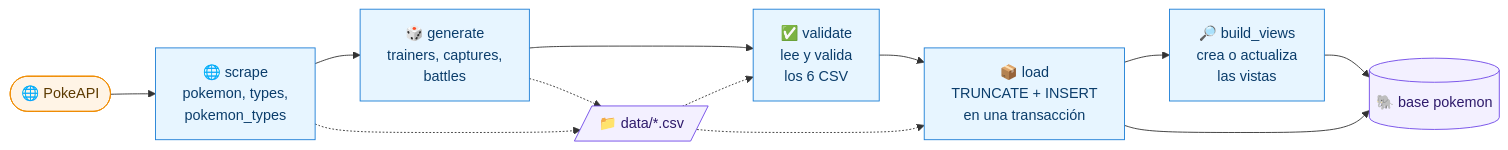
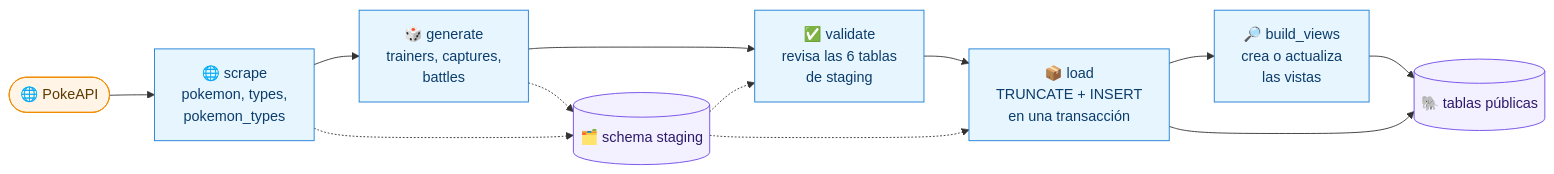
The first of 4 diagrams in alternatives/worker-ts/README.md (agustin-rios/pokemon), drawn with Mermaid before and after one commit. The commit also changed other lines of this file and 6 other files, not shown here.

````diff
--- a/alternatives/worker-ts/README.md
+++ b/alternatives/worker-ts/README.md
@@ -86,21 +90,21 @@
 ```mermaid
 flowchart LR
   pokeapi(["🌐 PokeAPI"]) --> scrape["🌐 scrape<br/>pokemon, types,<br/>pokemon_types"]
   scrape --> generate["🎲 generate<br/>trainers, captures,<br/>battles"]
-  generate --> validate["✅ validate<br/>lee y valida<br/>los 6 CSV"]
+  generate --> validate["✅ validate<br/>revisa las 6 tablas<br/>de staging"]
   validate --> load["📦 load<br/>TRUNCATE + INSERT<br/>en una transacción"]
   load --> views["🔎 build_views<br/>crea o actualiza<br/>las vistas"]
-  scrape -.-> csv[/"📁 data/*.csv"/]
-  generate -.-> csv
-  csv -.-> validate
-  csv -.-> load
-  load --> db[("🐘 base pokemon")]
+  scrape -.-> staging[("🗂️ schema staging")]
+  generate -.-> staging
+  staging -.-> validate
+  staging -.-> load
+  load --> db[("🐘 tablas públicas")]
   views --> db
 
   classDef task fill:#e7f5ff,stroke:#1c7ed6,color:#0b3d6b
   classDef store fill:#f3f0ff,stroke:#7048e8,color:#2e1a6b
   classDef ext fill:#fff4e6,stroke:#f08c00,color:#5c3a00
   class scrape,generate,validate,load,views task
-  class csv,db store
+  class staging,db store
   class pokeapi ext
 ```
````
